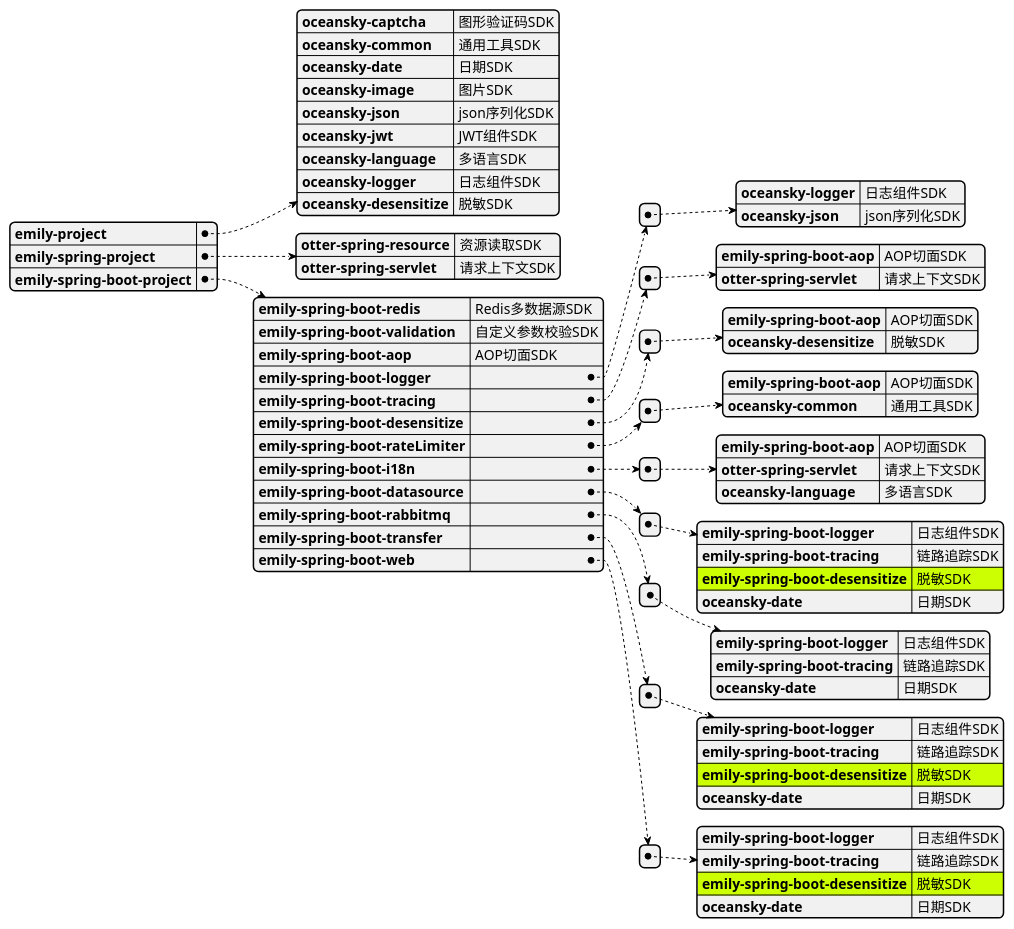
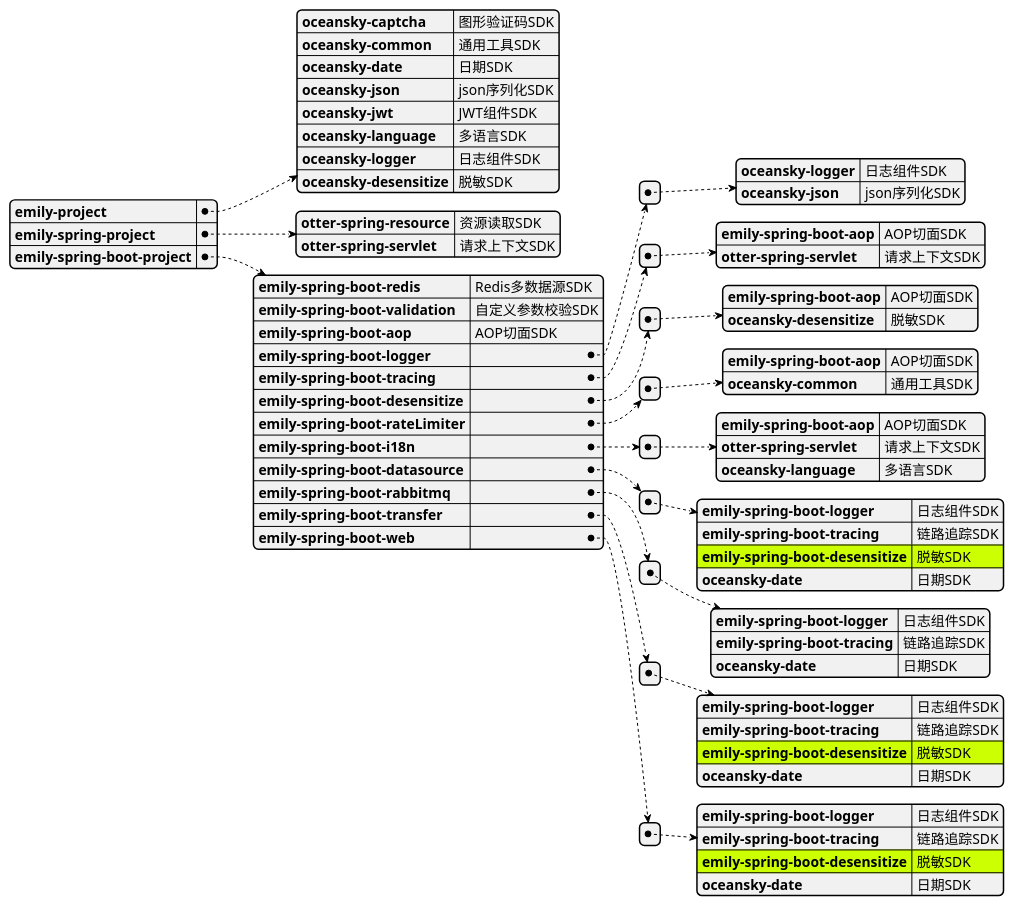
Before and after one commit to mingyang66/spring-parent: the diagram in framework.puml, drawn with PlantUML. The commit also changed 5 other files, not shown here.

Commit message:
del oceansky-image sdk

```diff
--- a/framework.puml
+++ b/framework.puml
@@ -1,74 +1,73 @@
 @startjson
 #highlight "emily-spring-boot-project" / "emily-spring-boot-datasource" / "0" /"emily-spring-boot-desensitize"
 #highlight "emily-spring-boot-project" / "emily-spring-boot-transfer" / "0" /"emily-spring-boot-desensitize"
 #highlight "emily-spring-boot-project" / "emily-spring-boot-web" / "0" /"emily-spring-boot-desensitize"
 {
 "emily-project":
   {
   "oceansky-captcha": "图形验证码SDK",
   "oceansky-common": "通用工具SDK",
   "oceansky-date": "日期SDK",
-  "oceansky-image": "图片SDK",
   "oceansky-json": "json序列化SDK",
   "oceansky-jwt": "JWT组件SDK",
   "oceansky-language": "多语言SDK",
   "oceansky-logger":"日志组件SDK",
   "oceansky-desensitize":"脱敏SDK"
   },
 "emily-spring-project":
  {
  "otter-spring-resource": "资源读取SDK",
  "otter-spring-servlet":"请求上下文SDK"
  },
 "emily-spring-boot-project":
   {
   "emily-spring-boot-redis": "Redis多数据源SDK",
   "emily-spring-boot-validation": "自定义参数校验SDK",
   "emily-spring-boot-aop": "AOP切面SDK",
   "emily-spring-boot-logger": [{
         "oceansky-logger":"日志组件SDK",
         "oceansky-json":"json序列化SDK"
   }],
   "emily-spring-boot-tracing": [{
         "emily-spring-boot-aop":"AOP切面SDK",
         "otter-spring-servlet":"请求上下文SDK"
   }],
   "emily-spring-boot-desensitize": [{
         "emily-spring-boot-aop":"AOP切面SDK",
         "oceansky-desensitize":"脱敏SDK"
   }],
   "emily-spring-boot-rateLimiter": [{
         "emily-spring-boot-aop":"AOP切面SDK",
         "oceansky-common":"通用工具SDK"
   }],
   "emily-spring-boot-i18n": [{
         "emily-spring-boot-aop":"AOP切面SDK",
         "otter-spring-servlet":"请求上下文SDK",
         "oceansky-language":"多语言SDK"
   }],
   "emily-spring-boot-datasource": [{
         "emily-spring-boot-logger":"日志组件SDK",
         "emily-spring-boot-tracing":"链路追踪SDK",
         "emily-spring-boot-desensitize":"脱敏SDK",
         "oceansky-date":"日期SDK"
   }],
   "emily-spring-boot-rabbitmq": [{
         "emily-spring-boot-logger":"日志组件SDK",
         "emily-spring-boot-tracing":"链路追踪SDK",
         "oceansky-date":"日期SDK"
   }],
   "emily-spring-boot-transfer": [{
           "emily-spring-boot-logger":"日志组件SDK",
           "emily-spring-boot-tracing":"链路追踪SDK",
           "emily-spring-boot-desensitize":"脱敏SDK",
           "oceansky-date":"日期SDK"
   }],
   "emily-spring-boot-web": [{
            "emily-spring-boot-logger":"日志组件SDK",
            "emily-spring-boot-tracing":"链路追踪SDK",
            "emily-spring-boot-desensitize":"脱敏SDK",
            "oceansky-date":"日期SDK"
   }]
   }
 }
 @endjson
```
